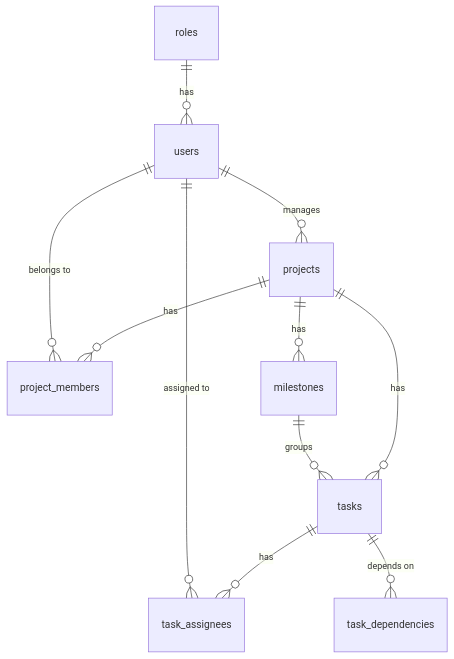
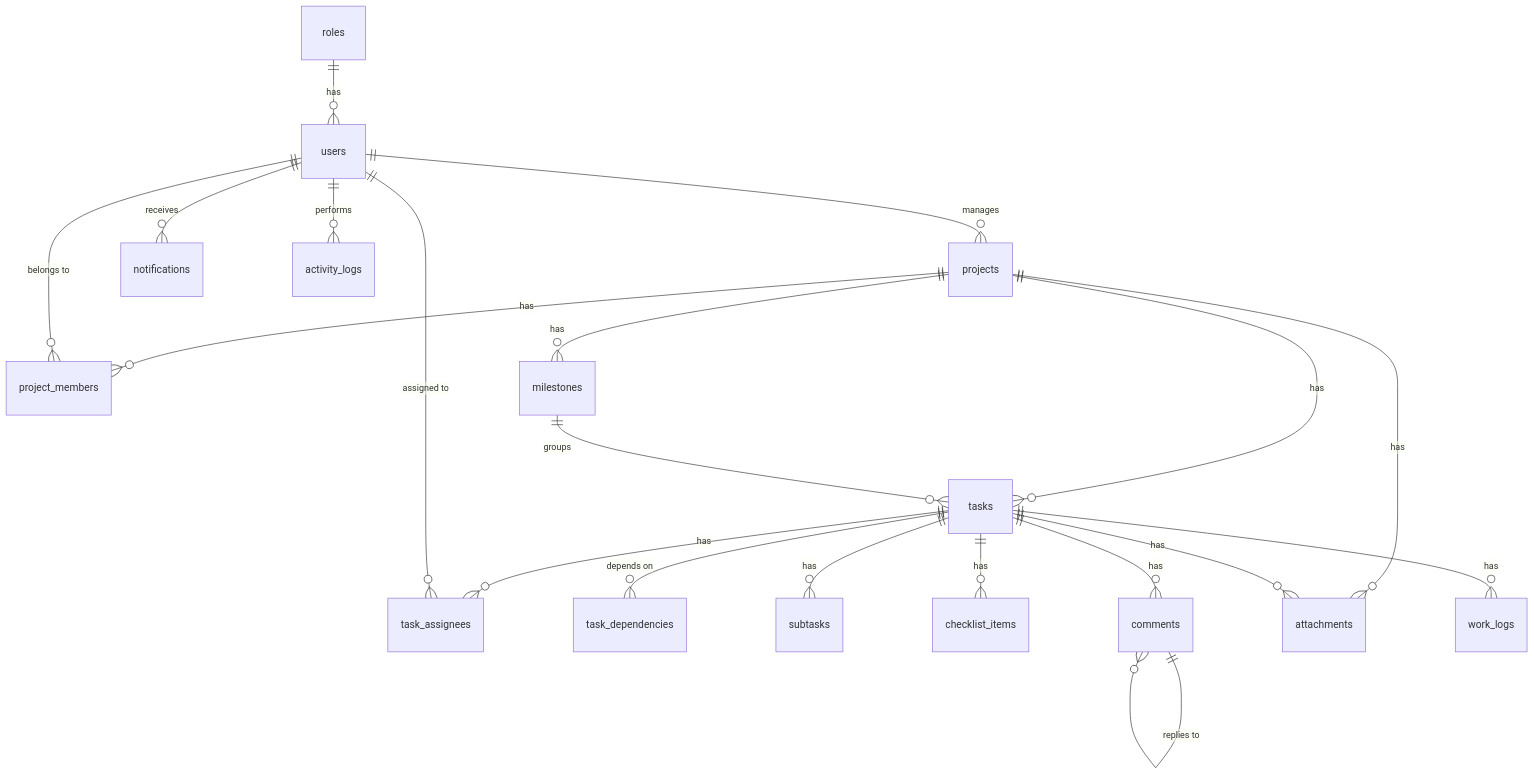
The diagram in database/README.md (SoksovannarithNao/ProjectManagementSystem), drawn with Mermaid before and after one commit. The commit also changed other lines of this file and 5 other files, not shown here.

Commit message:
Expand database schema, add seed data, and set up Flyway migrations

````diff
--- a/database/README.md
+++ b/database/README.md
@@ -50,13 +52,22 @@
 ```mermaid
 erDiagram
     roles ||--o{ users : "has"
     users ||--o{ projects : "manages"
     projects ||--o{ project_members : "has"
     users ||--o{ project_members : "belongs to"
     projects ||--o{ milestones : "has"
     projects ||--o{ tasks : "has"
     milestones ||--o{ tasks : "groups"
     tasks ||--o{ task_assignees : "has"
     users ||--o{ task_assignees : "assigned to"
     tasks ||--o{ task_dependencies : "depends on"
+    tasks ||--o{ subtasks : "has"
+    tasks ||--o{ checklist_items : "has"
+    tasks ||--o{ comments : "has"
+    comments ||--o{ comments : "replies to"
+    projects ||--o{ attachments : "has"
+    tasks ||--o{ attachments : "has"
+    tasks ||--o{ work_logs : "has"
+    users ||--o{ notifications : "receives"
+    users ||--o{ activity_logs : "performs"
 ```
````
